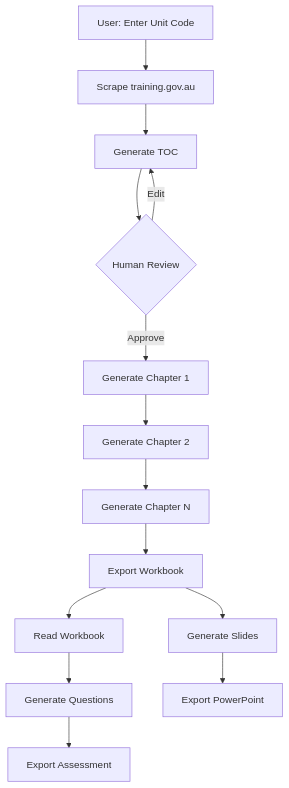
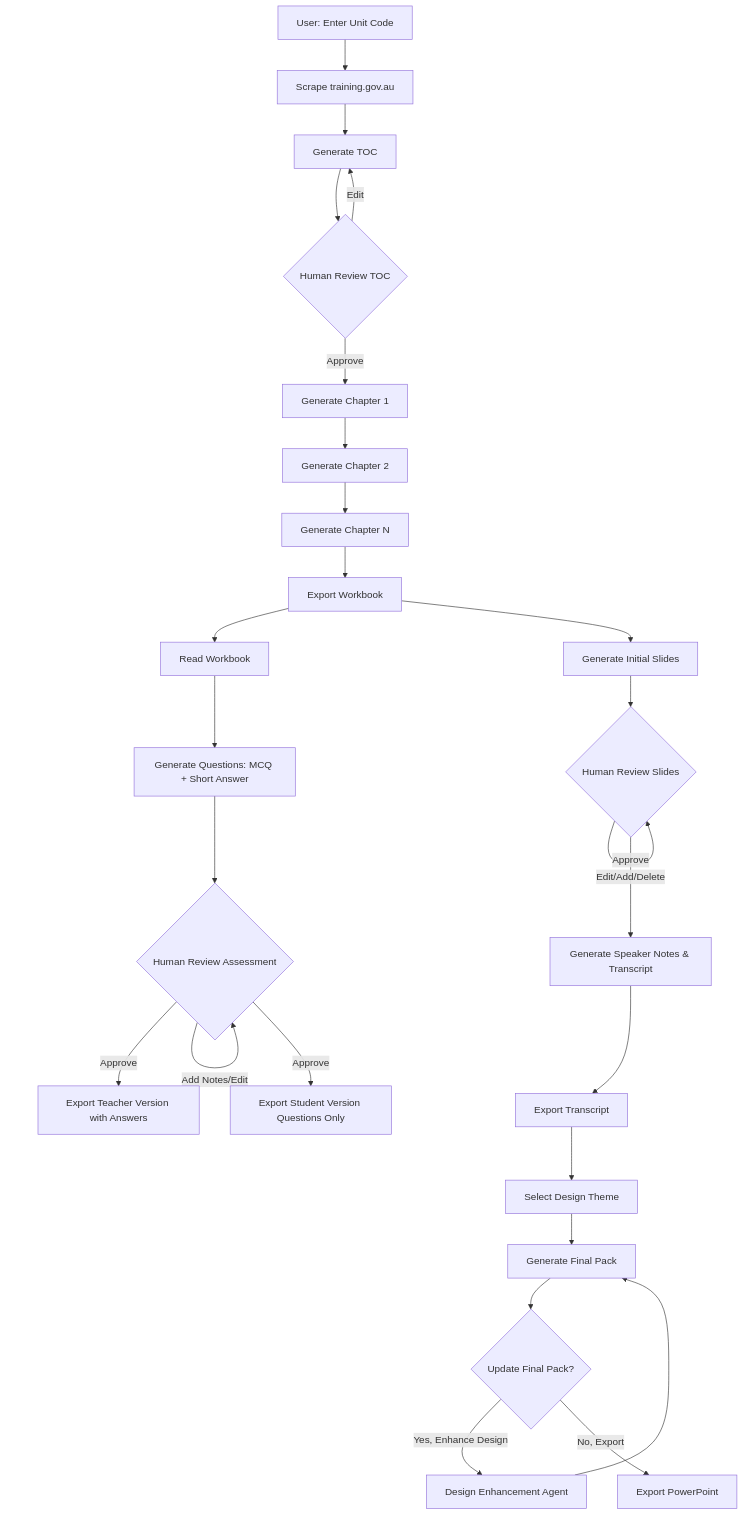
The diagram in README.md (HexuanWeng/TAFE-Educator-Content-Generator), drawn with Mermaid before and after one commit. The commit also changed other lines of this file, not shown here.

Commit message:
feat: Update README to clarify core agents' roles in TAFE curriculum generation, enhance workflow descriptions, and introduce the Design Enhancement Agent for improved presentation outputs.

````diff
--- a/README.md
+++ b/README.md
@@ -101,16 +101,30 @@
 ```mermaid
 graph TD
     A[User: Enter Unit Code] --> B[Research Agent]
     B[Scrape training.gov.au] --> C[Planning Agent]
-    C[Generate TOC] --> D{Human Review}
+    C[Generate TOC] --> D{Human Review TOC}
     D -->|Approve| E[Writer Agent]
     D -->|Edit| C
     E[Generate Chapter 1] --> F[Generate Chapter 2]
     F --> G[Generate Chapter N]
     G --> H[Export Workbook]
+    
     H --> I[Assessment Agent]
-    I[Read Workbook] --> J[Generate Questions]
-    J --> K[Export Assessment]
-    H --> L[Presentation Agent]
-    L[Generate Slides] --> M[Export PowerPoint]
+    I[Read Workbook] --> J[Generate Questions: MCQ + Short Answer]
+    J --> K{Human Review Assessment}
+    K -->|Add Notes/Edit| K
+    K -->|Approve| L1[Export Teacher Version with Answers]
+    K -->|Approve| L2[Export Student Version Questions Only]
+    
+    H --> M[Presentation Agent]
+    M[Generate Initial Slides] --> N{Human Review Slides}
+    N -->|Edit/Add/Delete| N
+    N -->|Approve| O[Generate Speaker Notes & Transcript]
+    O --> P[Export Transcript]
+    P --> Q{Choose Theme}
+    Q[Select Design Theme] --> R[Generate Final Pack]
+    R --> S{Update Final Pack?}
+    S -->|Yes, Enhance Design| T[Design Enhancement Agent]
+    T --> R
+    S -->|No, Export| U[Export PowerPoint]
 ```
````
